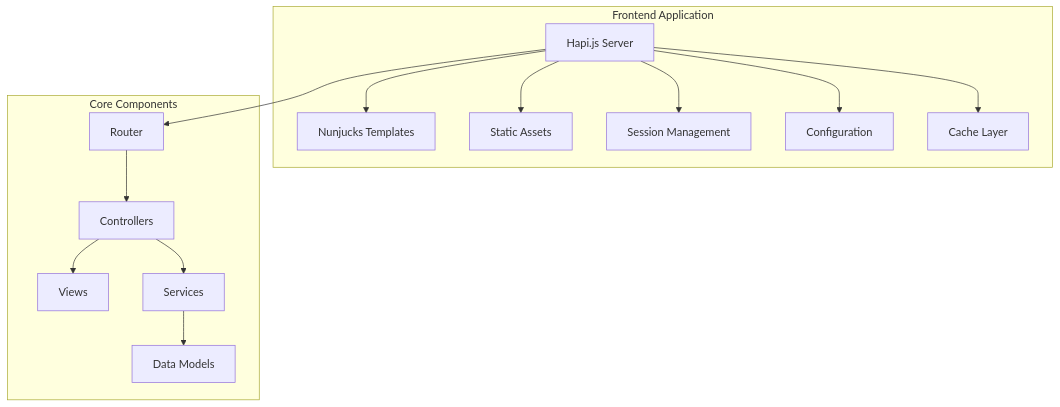
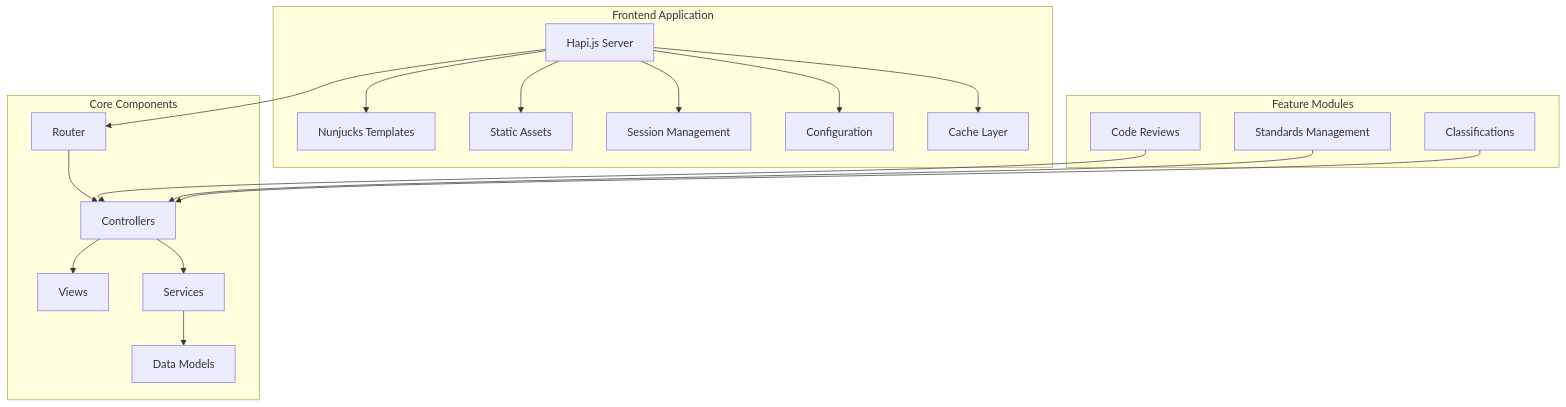
The third of 5 diagrams in ARCHITECTURE.md (DEFRA/defra-ai-codereview-frontend), drawn with Mermaid before and after one commit. The commit also changed other lines of this file and 12 other files, not shown here.

````diff
--- a/ARCHITECTURE.md
+++ b/ARCHITECTURE.md
@@ -61,32 +80,42 @@
 ```mermaid
 graph TB
     subgraph Frontend Application
         Server[Hapi.js Server]
         Templates[Nunjucks Templates]
         Static[Static Assets]
         Session[Session Management]
         Config[Configuration]
         Cache[Cache Layer]
 
         Server-->Templates
         Server-->Static
         Server-->Session
         Server-->Config
         Server-->Cache
     end
 
     subgraph Core Components
         Router[Router]
         Controllers[Controllers]
         Views[Views]
         Services[Services]
         Models[Data Models]
 
         Router-->Controllers
         Controllers-->Services
         Services-->Models
         Controllers-->Views
     end
 
+    subgraph Feature Modules
+        Reviews[Code Reviews]
+        Standards[Standards Management]
+        Classifications[Classifications]
+
+        Reviews-->Controllers
+        Standards-->Controllers
+        Classifications-->Controllers
+    end
+
     Server-->Router
 ```
````
